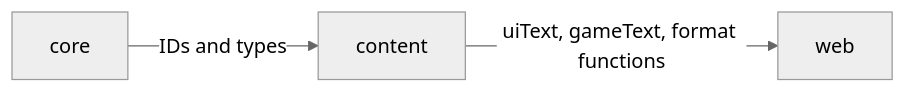
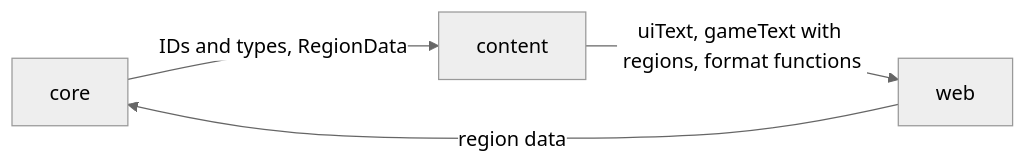
One commit to dcheng1248/agent-harness-test changed the diagram in packages/content/ARCHITECTURE.md. Above: the diagram before and after it, drawn with Mermaid (neutral theme). The commit also changed other lines of this file and 5 other files, not shown here.

````diff
--- a/packages/content/ARCHITECTURE.md
+++ b/packages/content/ARCHITECTURE.md
@@ -7,5 +7,6 @@
 ```mermaid
 flowchart LR
-  core -->|IDs and types| content
-  content -->|uiText, gameText, format functions| web
+  core -->|IDs and types, RegionData| content
+  content -->|uiText, gameText with regions, format functions| web
+  web -->|region data| core
 ```
````
